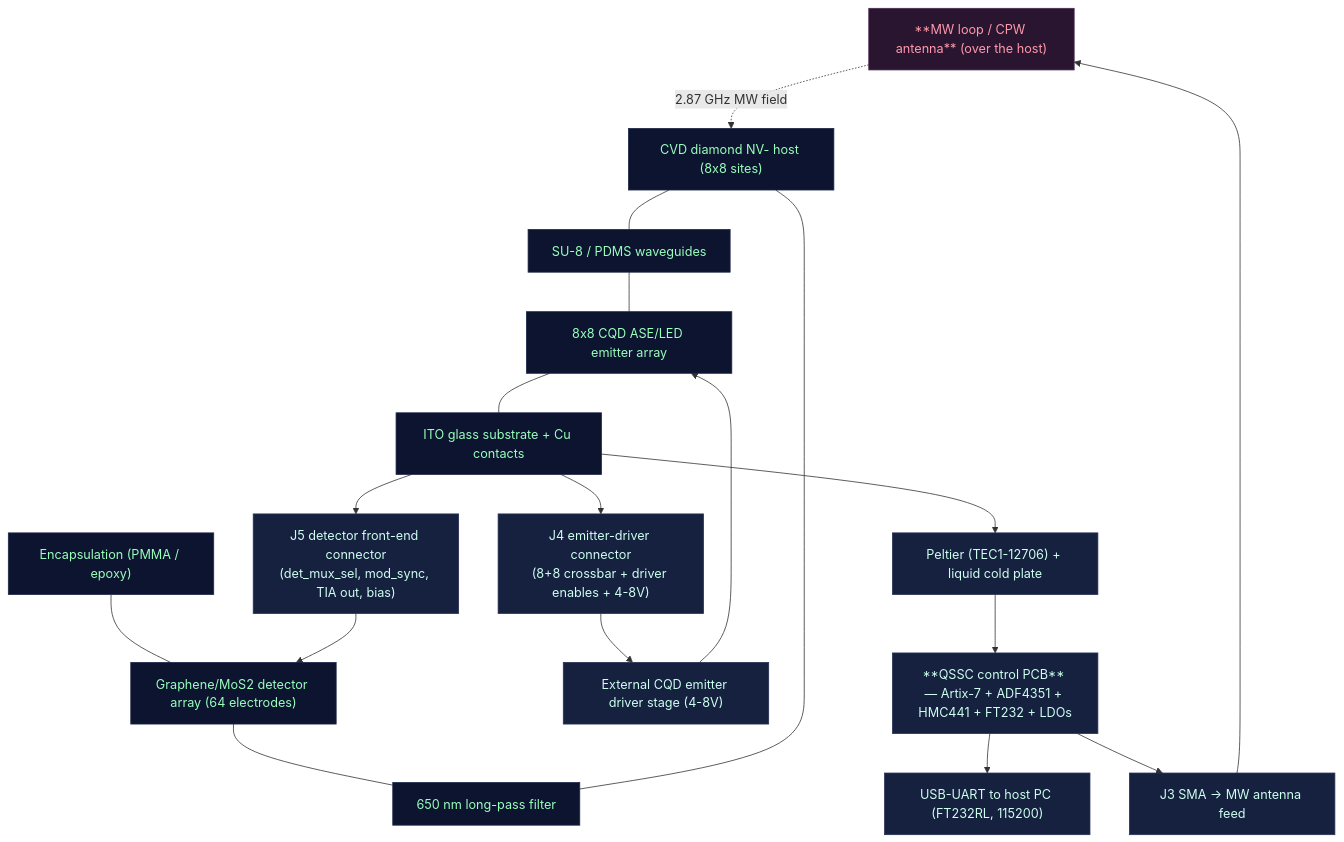
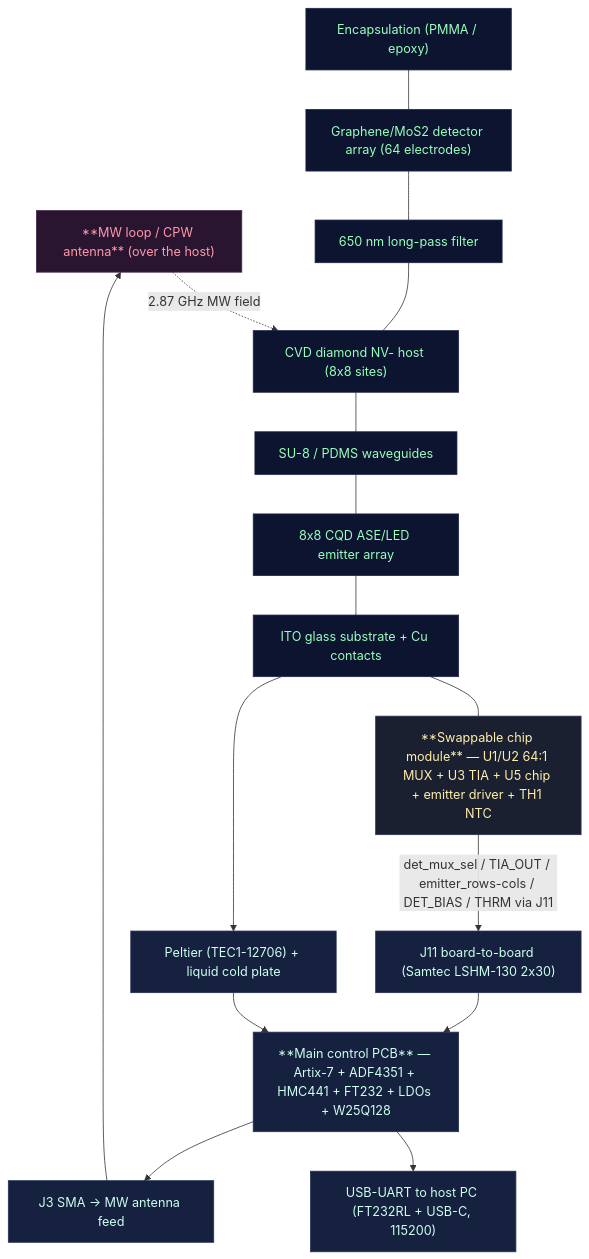
Before and after one commit to VABISMO/QSSC: the second of 2 diagrams in hardware/HARDWARE_DESIGN.md, drawn with Mermaid. The commit also changed other lines of this file, not shown here.

First line of the commit message:
docs(hardware): sync HARDWARE_DESIGN.md to the real committed two-board design

````diff
--- a/hardware/HARDWARE_DESIGN.md
+++ b/hardware/HARDWARE_DESIGN.md
@@ -129,32 +154,31 @@
 ```mermaid
 flowchart TB
   classDef pcb fill:#16203f,stroke:#263056,color:#cfe
   classDef chip fill:#0c1430,stroke:#1d2748,color:#9fb
   classDef mw fill:#2a1530,stroke:#4a2a55,color:#f9a
+  classDef mod fill:#1a2030,stroke:#2a3050,color:#fea
 
   ANT["**MW loop / CPW antenna** (over the host)"]:::mw
   ENC["Encapsulation (PMMA / epoxy)"]:::chip
   DET["Graphene/MoS2 detector array (64 electrodes)"]:::chip
   FILT["650 nm long-pass filter"]:::chip
   HOST["CVD diamond NV- host (8x8 sites)"]:::chip
   WG["SU-8 / PDMS waveguides"]:::chip
   EM["8x8 CQD ASE/LED emitter array"]:::chip
   SUB["ITO glass substrate + Cu contacts"]:::chip
-  J5["J5 detector front-end connector\n(det_mux_sel, mod_sync, TIA out, bias)"]:::pcb
-  J4["J4 emitter-driver connector\n(8+8 crossbar + driver enables + 4-8V)"]:::pcb
-  DRV["External CQD emitter driver stage (4-8V)"]:::pcb
+  MOD["**Swappable chip module** — U1/U2 64:1 MUX + U3 TIA + U5 chip + emitter driver + TH1 NTC"]:::mod
+  J11["J11 board-to-board (Samtec LSHM-130 2x30)"]:::pcb
   TEC["Peltier (TEC1-12706) + liquid cold plate"]:::pcb
-  PCB["**QSSC control PCB** — Artix-7 + ADF4351 + HMC441 + FT232 + LDOs"]:::pcb
-  USB["USB-UART to host PC (FT232RL, 115200)"]:::pcb
+  PCB["**Main control PCB** — Artix-7 + ADF4351 + HMC441 + FT232 + LDOs + W25Q128"]:::pcb
+  USB["USB-UART to host PC (FT232RL + USB-C, 115200)"]:::pcb
   SMA["J3 SMA → MW antenna feed"]:::pcb
 
   ANT -. "2.87 GHz MW field" .-> HOST
   ENC --- DET --- FILT --- HOST --- WG --- EM --- SUB
-  SUB --> J5
-  SUB --> J4
-  J4 --> DRV --> EM
-  J5 --> DET
+  SUB --- MOD
+  MOD -->|"det_mux_sel / TIA_OUT / emitter_rows-cols / DET_BIAS / THRM via J11"| J11
+  J11 --> PCB
   SUB --> TEC --> PCB
   PCB --> USB
   PCB --> SMA --> ANT
 ```
````
